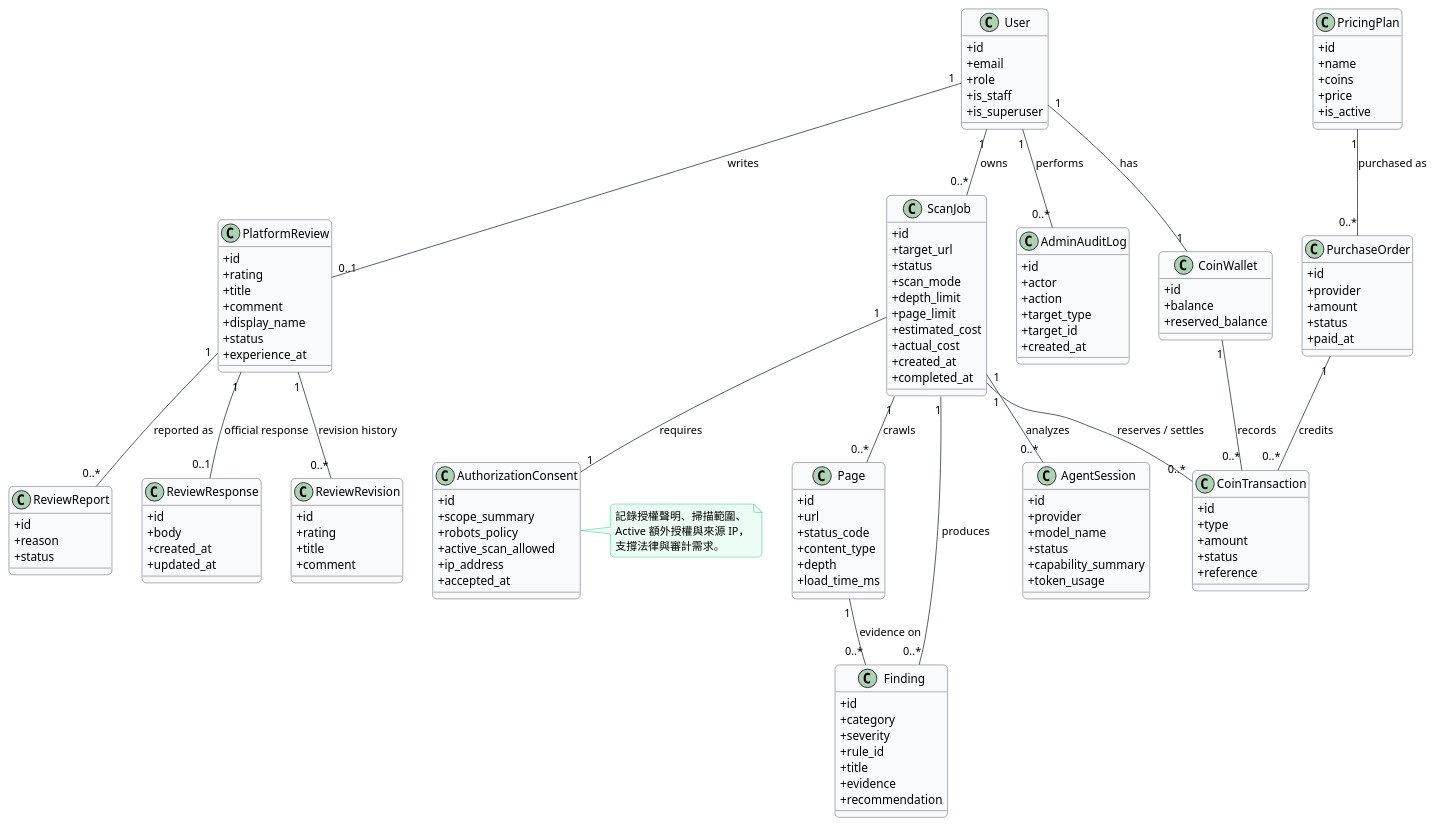
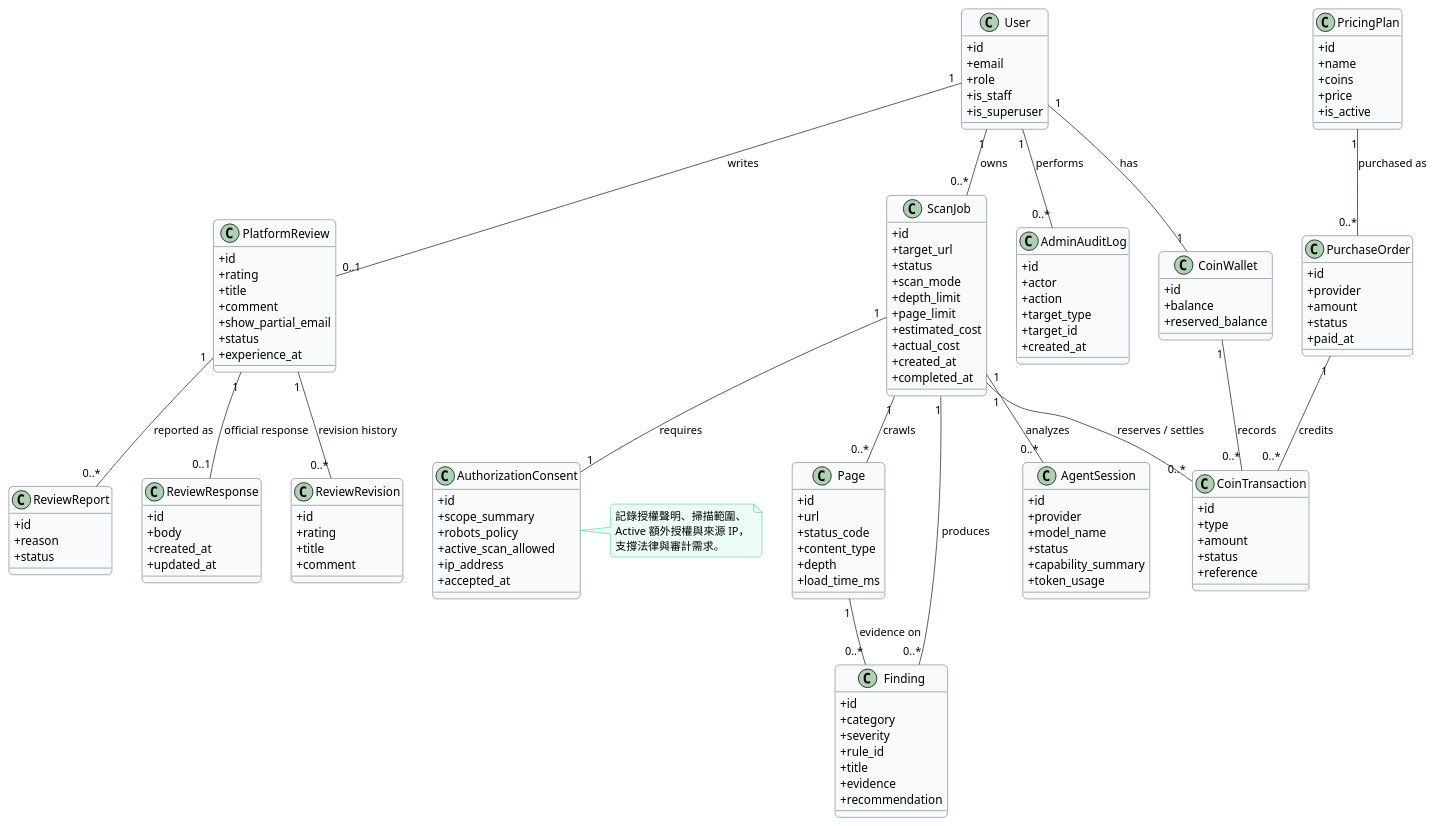
One commit to Djude1/Argus_WebsiteDiagnosticPlatform changed the sixth of 13 diagrams in PlantUML.md. Above: the diagram before and after it, drawn with PlantUML. The commit also changed 17 other files, not shown here.

```diff
--- a/PlantUML.md
+++ b/PlantUML.md
@@ -532,7 +532,7 @@
   +rating
   +title
   +comment
-  +display_name
+  +show_partial_email
   +status
   +experience_at
 }
```
